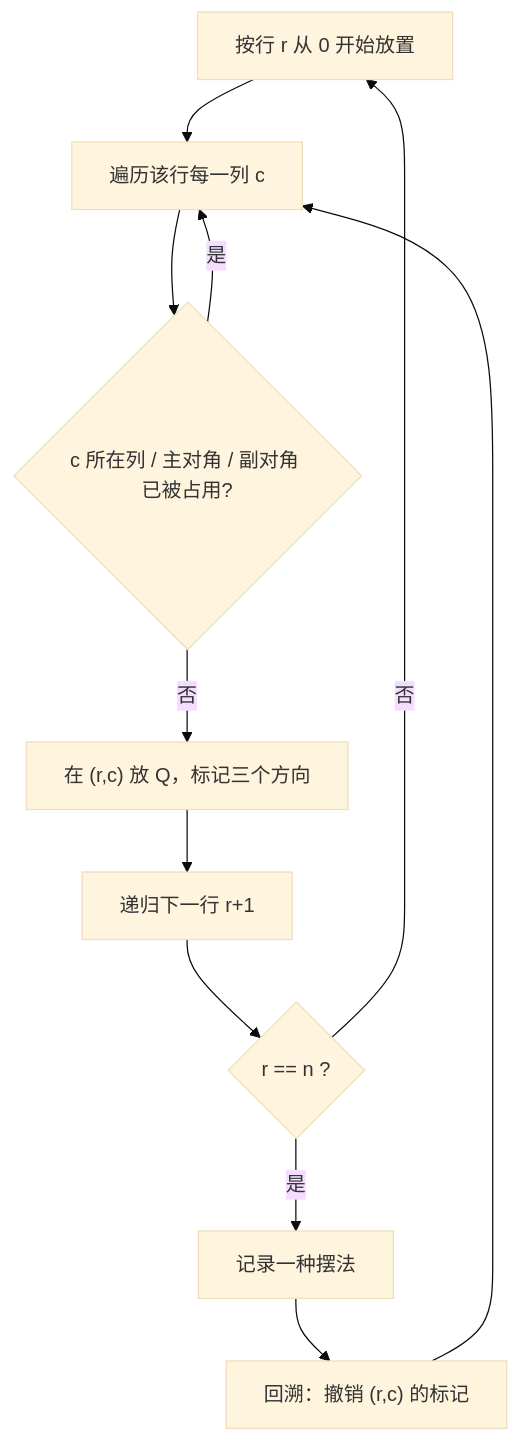
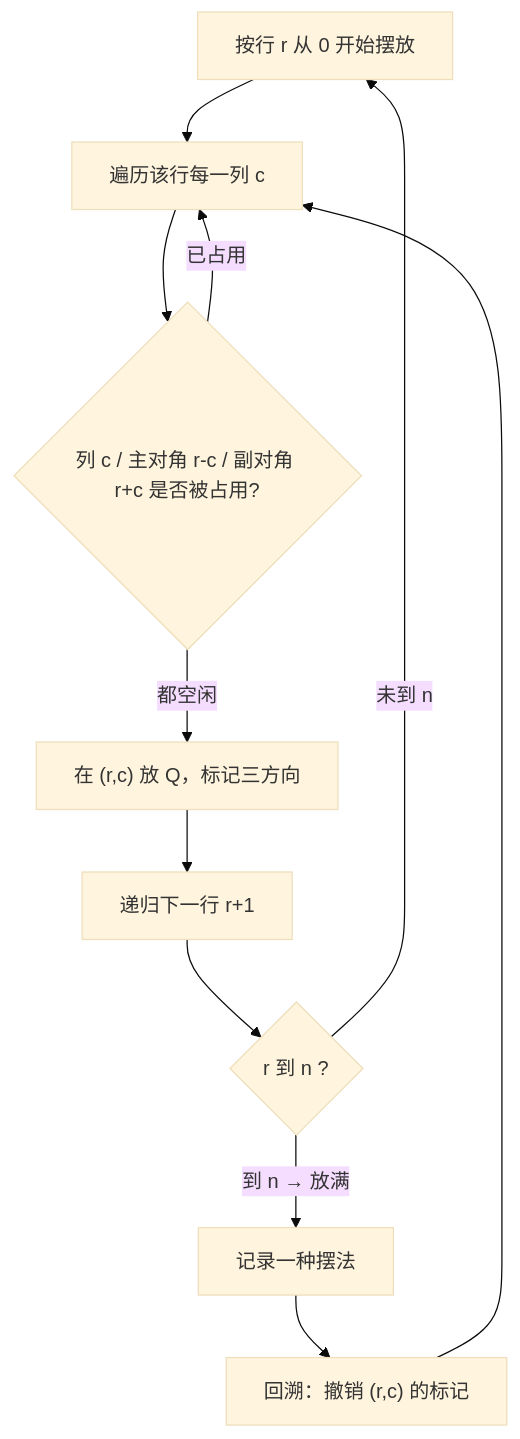
The first of 2 diagrams in 11-回溯/0051-N_皇后.md (OctalZero/hot100-py), drawn with Mermaid (base theme) before and after one commit. The commit also changed other lines of this file and 117 other files, not shown here.

First line of the commit message:
feat: 全题解配图升级为「动画式 mermaid」（总览骨架 + 横向时间线逐步推演）

````diff
--- a/11-回溯/0051-N_皇后.md
+++ b/11-回溯/0051-N_皇后.md
@@ -22,13 +22,13 @@
 ```mermaid
 flowchart TD
-    A["按行 r 从 0 开始放置"] --> B["遍历该行每一列 c"]
-    B --> C{"c 所在列 / 主对角 / 副对角 已被占用?"}
-    C -- "是" --> B
-    C -- "否" --> D["在 (r,c) 放 Q，标记三个方向"]
+    A["按行 r 从 0 开始摆放"] --> B["遍历该行每一列 c"]
+    B --> C{"列 c / 主对角 r-c / 副对角 r+c 是否被占用?"}
+    C -->|"已占用"| B
+    C -->|"都空闲"| D["在 (r,c) 放 Q，标记三方向"]
     D --> E["递归下一行 r+1"]
-    E --> F{"r == n ?"}
-    F -- "是" --> G["记录一种摆法"]
-    F -- "否" --> A
+    E --> F{"r 到 n ?"}
+    F -->|"到 n → 放满"| G["记录一种摆法"]
+    F -->|"未到 n"| A
     G --> H["回溯：撤销 (r,c) 的标记"]
     H --> B
 ```
````
